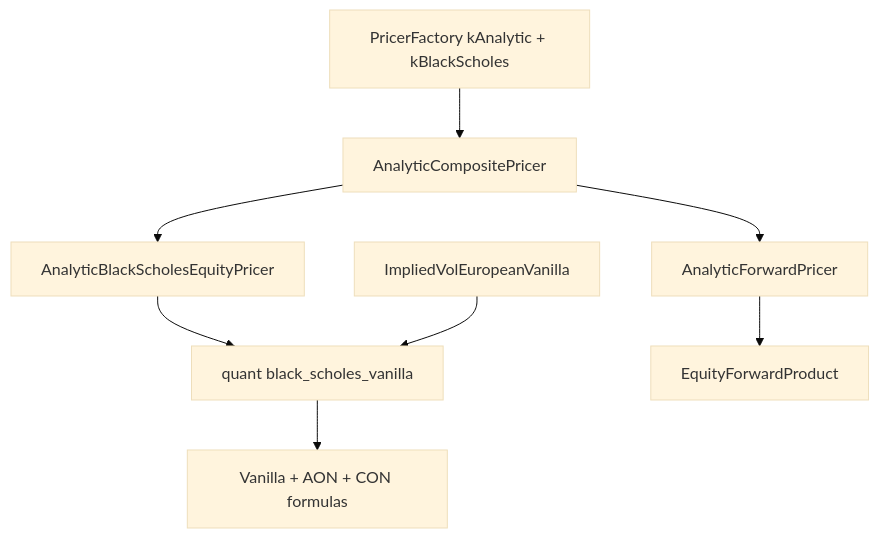
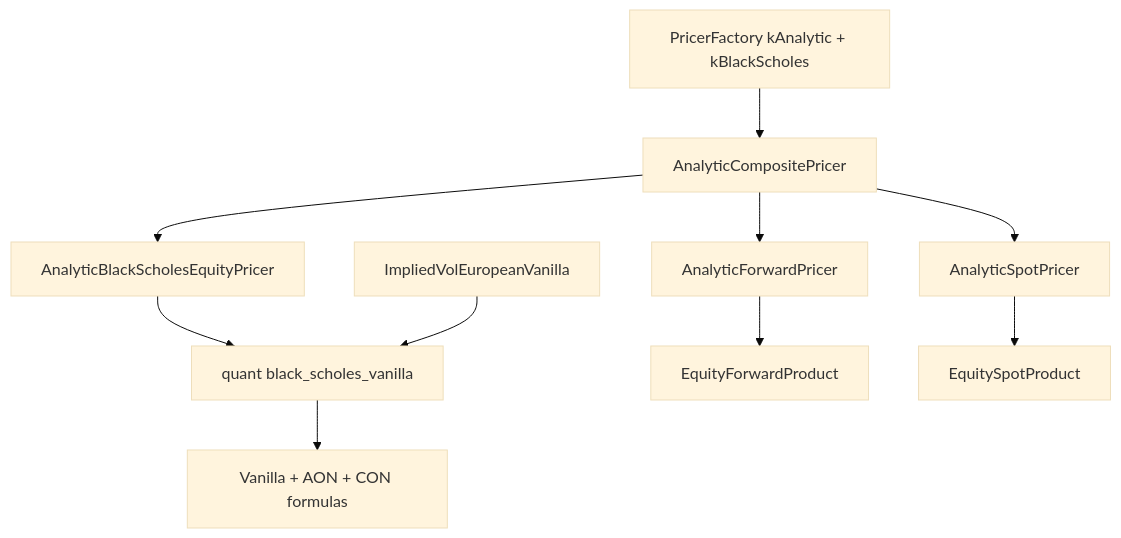
One commit to krzysiekbienias/numeraire changed the tenth of 12 diagrams in docs/architecture.md. Above: the diagram before and after it, drawn with Mermaid (base theme). The commit also changed other lines of this file and 1 other file, not shown here.

Commit message:
docs: update architecture and incoming trades documentation for equity and index spot products

````diff
--- a/docs/architecture.md
+++ b/docs/architecture.md
@@ -480,11 +480,13 @@
 ```mermaid
 flowchart TB
     PF[PricerFactory kAnalytic + kBlackScholes]
     PF --> COMP[AnalyticCompositePricer]
     COMP --> BS[AnalyticBlackScholesEquityPricer]
     COMP --> FWD[AnalyticForwardPricer]
+    COMP --> SPT[AnalyticSpotPricer]
     BS --> Q[quant black_scholes_vanilla]
     Q --> OPT[Vanilla + AON + CON formulas]
     FWD --> EQF[EquityForwardProduct]
+    SPT --> EQS[EquitySpotProduct]
     IV[ImpliedVolEuropeanVanilla] --> Q
 ```
````
